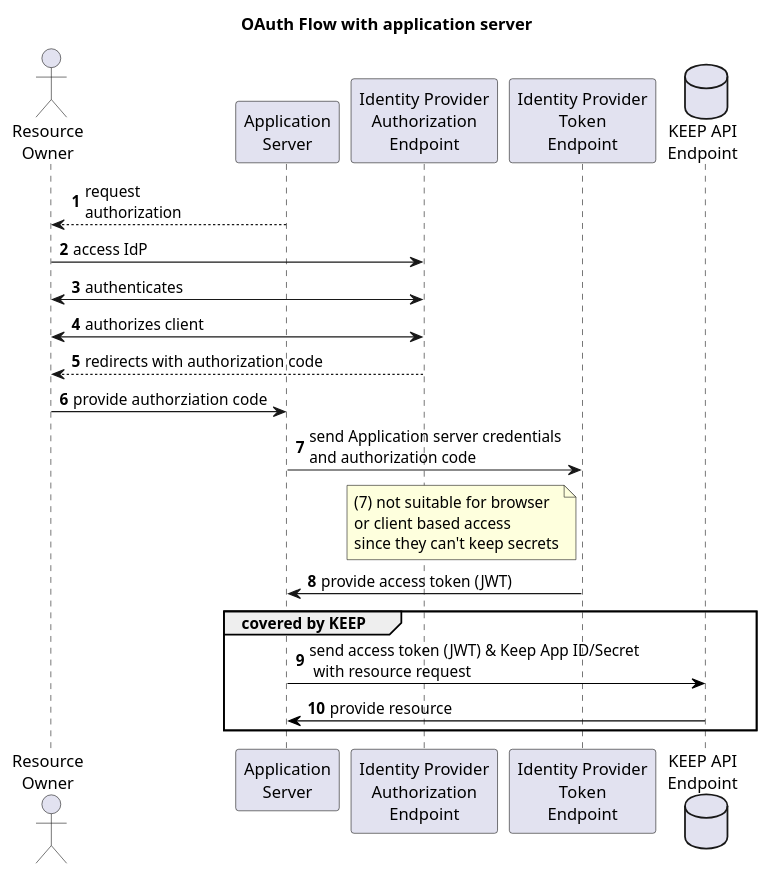
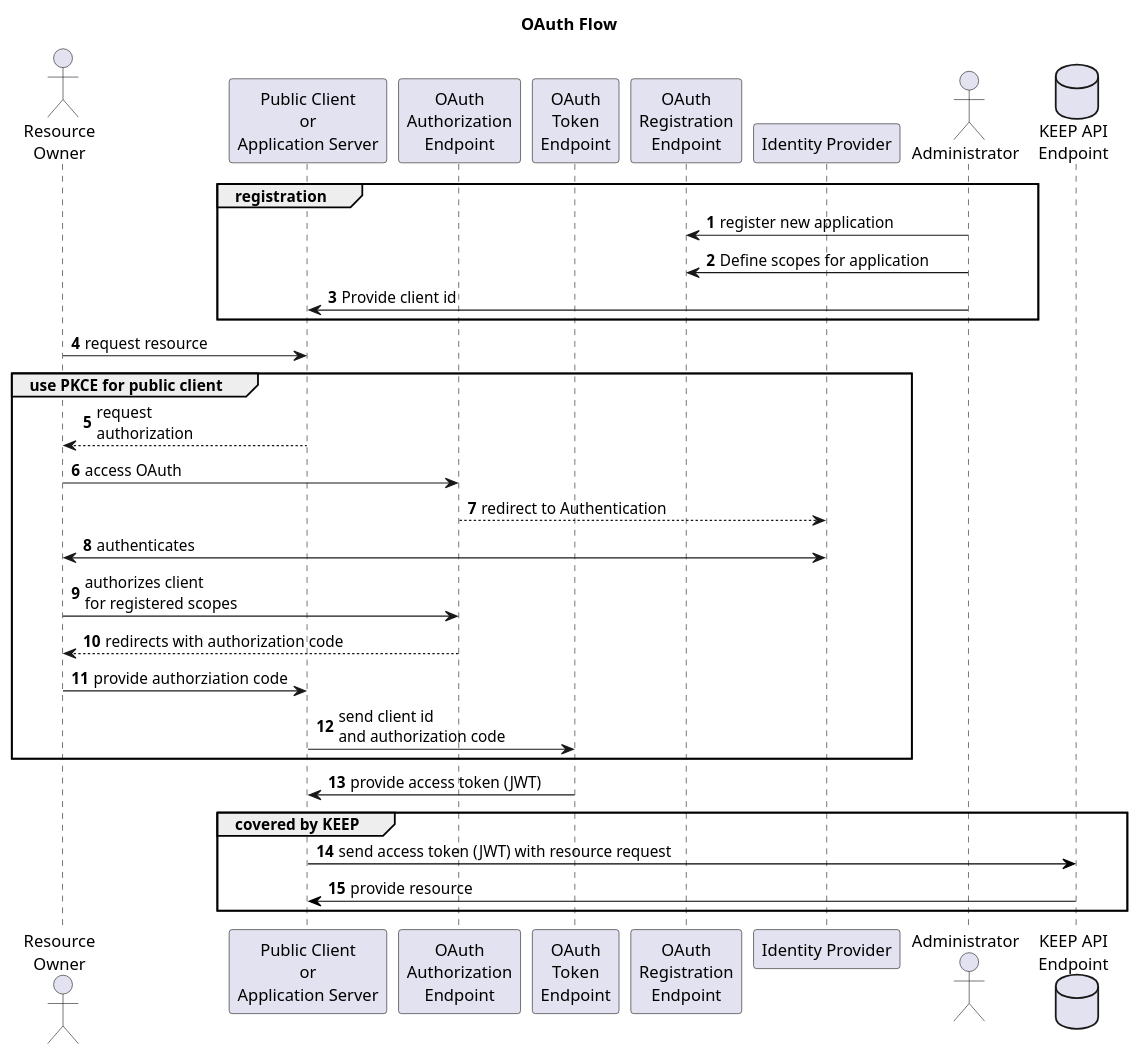
One commit to HCL-TECH-SOFTWARE/domino-keep-docs changed the diagram in docs/assets/images/plantuml/83-Oauth.plantuml. Above: the diagram before and after it, drawn with PlantUML. The commit also changed 1 other file, not shown here.

Commit message:
OAuth updates

```diff
--- a/docs/assets/images/plantuml/83-Oauth.plantuml
+++ b/docs/assets/images/plantuml/83-Oauth.plantuml
@@ -1,22 +1,33 @@
 @startuml OAuthDance
 autonumber
-title OAuth Flow with application server
+title OAuth Flow
 actor       "Resource\nOwner" as human
-participant "Application\nServer" as App
-participant "Identity Provider\nAuthorization\nEndpoint" as IdP1
-participant "Identity Provider\nToken\nEndpoint" as IdP2
+participant "Public Client\nor\nApplication Server" as App
+participant "OAuth\nAuthorization\nEndpoint" as OAuth1
+participant "OAuth\nToken\nEndpoint" as OAuth2
+participant "OAuth\nRegistration\nEndpoint" as OAuth3
+participant "Identity Provider" as IdP
+actor "Administrator" as admin
 database "KEEP API\nEndpoint" as keep
+group registration
+  admin -> OAuth3: register new application
+  admin -> OAuth3: Define scopes for application
+  admin -> App: Provide client id
+end
+human -> App: request resource
+group use PKCE for public client
 human <-- App: request\nauthorization
-human -> IdP1: access IdP
-human <-> IdP1: authenticates
-human <-> IdP1: authorizes client
-human <-- IdP1: redirects with authorization code
+human -> OAuth1: access OAuth
+OAuth1 --> IdP: redirect to Authentication
+human <-> IdP: authenticates
+human -> OAuth1: authorizes client\nfor registered scopes
+human <-- OAuth1: redirects with authorization code
 human -> App: provide authorziation code
-App -> IdP2: send Application server credentials\nand authorization code
-note left of IdP2: (7) not suitable for browser\nor client based access\nsince they can't keep secrets
-App <- IdP2: provide access token (JWT)
+App -> OAuth2: send client id\nand authorization code
+end
+App <- OAuth2: provide access token (JWT)
 group covered by KEEP
-App -[#000000]> keep: send access token (JWT) & Keep App ID/Secret\n with resource request
+App -[#000000]> keep: send access token (JWT) with resource request
 App <[#000000]- keep: provide resource
 end
 @enduml
```
